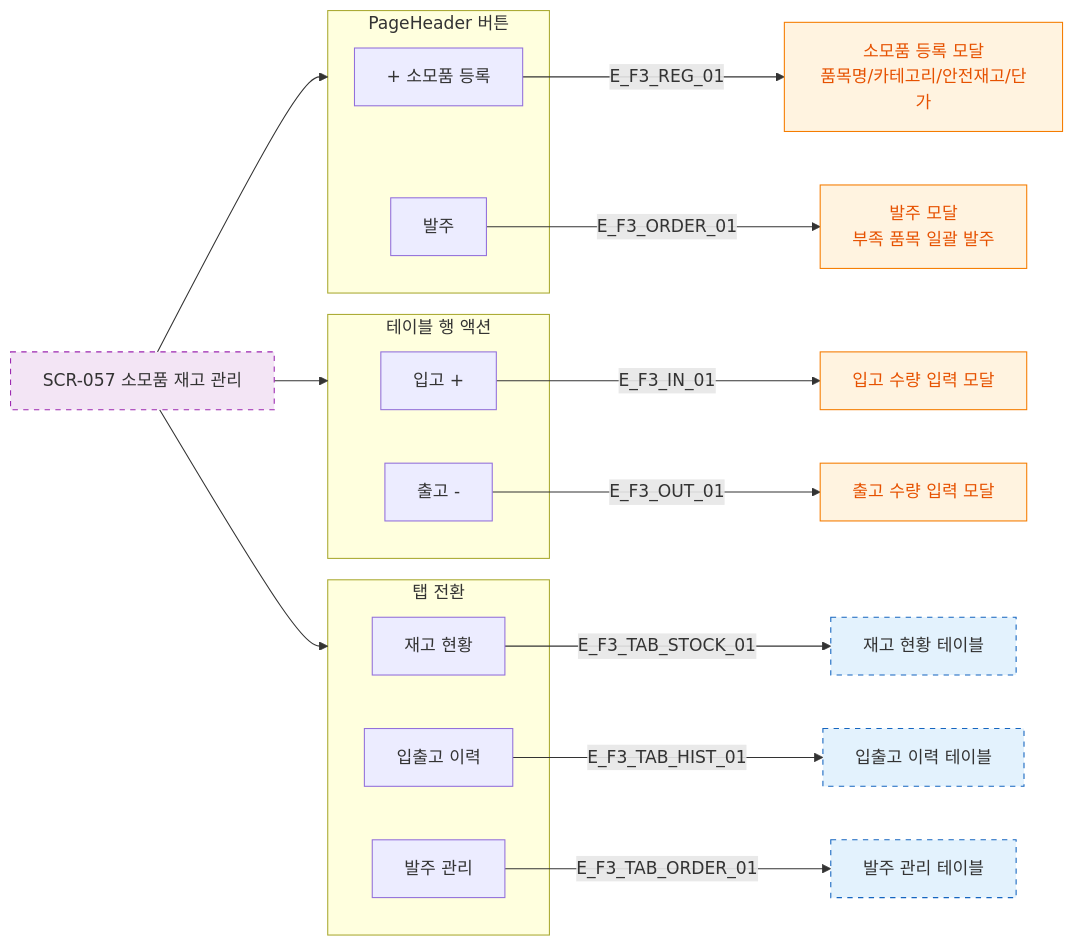
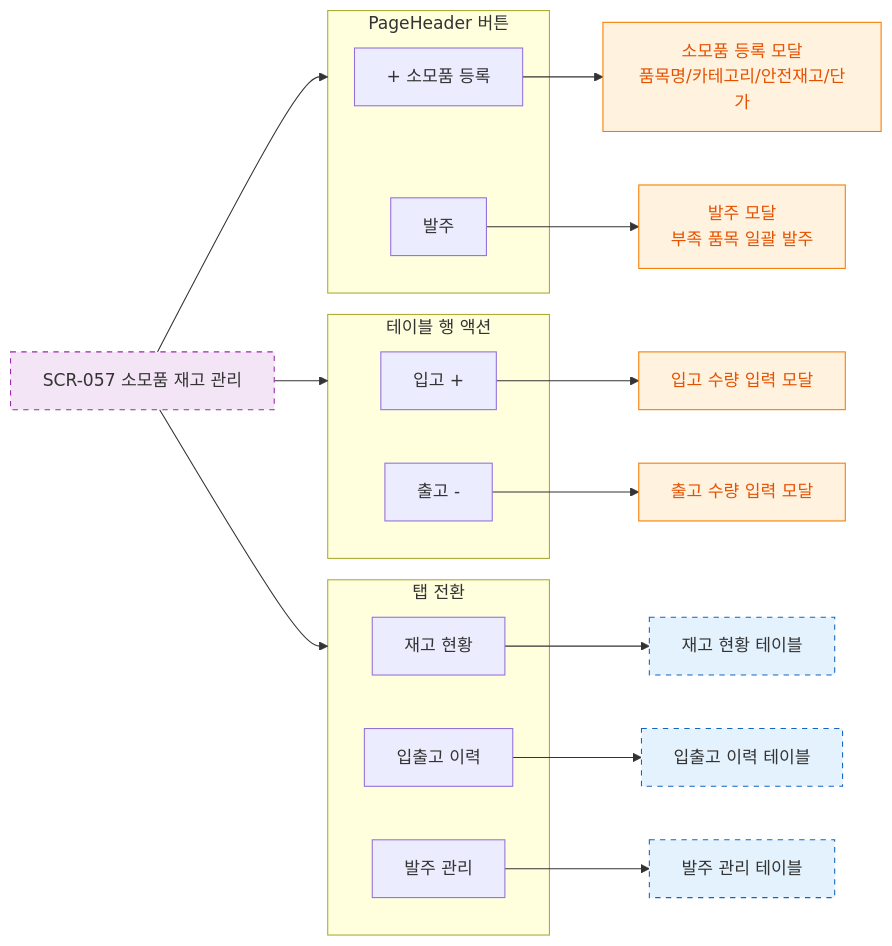
Before and after one commit to dev-spogym/admin-pando: the diagram in docs/다이어그램/D06_시설관리/SCR-057_소모품재고관리/F3_버튼액션.md, drawn with Mermaid. The commit also changed other lines of this file and 1660 other files, not shown here.

First line of the commit message:
다이어그램: 기획자/클라이언트 납품본으로 정리

````diff
--- a/docs/다이어그램/D06_시설관리/SCR-057_소모품재고관리/F3_버튼액션.md
+++ b/docs/다이어그램/D06_시설관리/SCR-057_소모품재고관리/F3_버튼액션.md
@@ -16,39 +14,39 @@
 ```mermaid
 flowchart LR
     SCR_057[SCR-057 소모품 재고 관리]
 
     subgraph HeaderBtns["PageHeader 버튼"]
         BTN_REG[+ 소모품 등록]
         BTN_ORDER[발주]
     end
 
     subgraph TableBtns["테이블 행 액션"]
         BTN_IN[입고 +]
         BTN_OUT[출고 -]
     end
 
     subgraph TabBtns["탭 전환"]
         TAB_STOCK[재고 현황]
         TAB_HISTORY[입출고 이력]
         TAB_ORDER[발주 관리]
     end
 
     SCR_057 --> HeaderBtns
     SCR_057 --> TableBtns
     SCR_057 --> TabBtns
 
-    BTN_REG -->|E_F3_REG_01| RegModal[소모품 등록 모달\n품목명/카테고리/안전재고/단가]
-    BTN_ORDER -->|E_F3_ORDER_01| OrderModal[발주 모달\n부족 품목 일괄 발주]
-    BTN_IN -->|E_F3_IN_01| InModal[입고 수량 입력 모달]
-    BTN_OUT -->|E_F3_OUT_01| OutModal[출고 수량 입력 모달]
-    TAB_STOCK -->|E_F3_TAB_STOCK_01| StockView[재고 현황 테이블]
-    TAB_HISTORY -->|E_F3_TAB_HIST_01| HistView[입출고 이력 테이블]
-    TAB_ORDER -->|E_F3_TAB_ORDER_01| OrderView[발주 관리 테이블]
+    BTN_REG --> RegModal[소모품 등록 모달\n품목명/카테고리/안전재고/단가]
+    BTN_ORDER --> OrderModal[발주 모달\n부족 품목 일괄 발주]
+    BTN_IN --> InModal[입고 수량 입력 모달]
+    BTN_OUT --> OutModal[출고 수량 입력 모달]
+    TAB_STOCK --> StockView[재고 현황 테이블]
+    TAB_HISTORY --> HistView[입출고 이력 테이블]
+    TAB_ORDER --> OrderView[발주 관리 테이블]
 
     classDef newFeature fill:#F3E5F5,stroke:#9C27B0,stroke-dasharray:5 5
     classDef modal fill:#FFF3E0,stroke:#F57C00,color:#E65100
     classDef screen fill:#E3F2FD,stroke:#1565C0,stroke-dasharray:5 5
     class SCR_057 newFeature
     class RegModal,OrderModal,InModal,OutModal modal
     class StockView,HistView,OrderView screen
 ```
````
